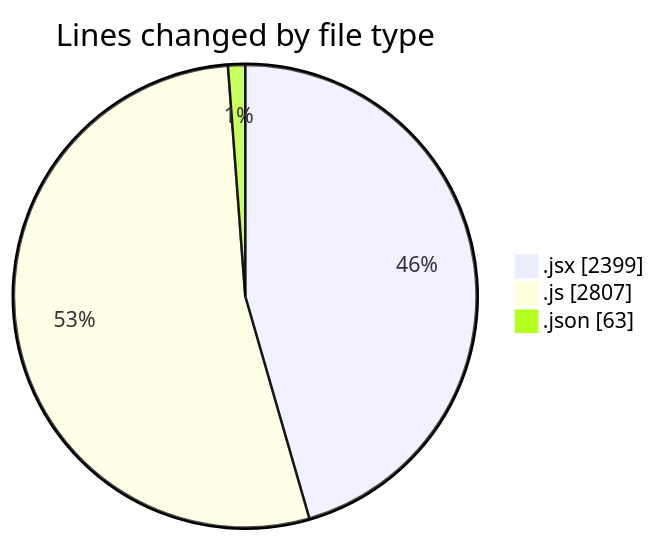
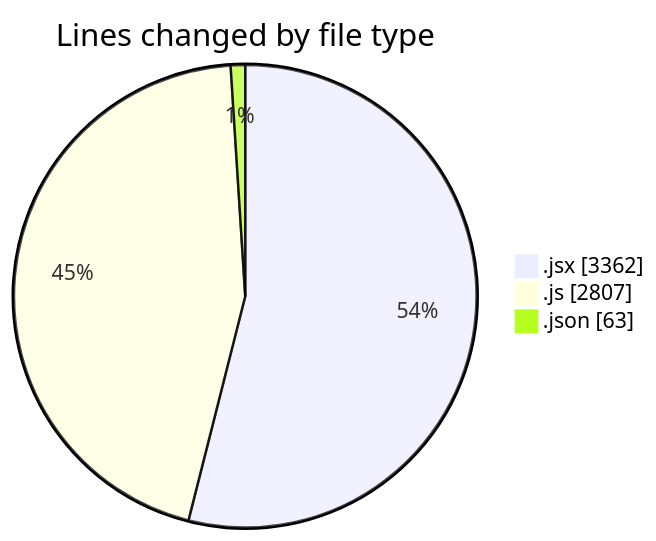
Before and after one commit to nxtqubesakshisongat/code-tracking: the first of 2 diagrams in 2025-08-18/nxtqube_webapp/README.md, drawn with Mermaid. The commit also changed other lines of this file and 1 other file, not shown here.

````diff
--- a/2025-08-18/nxtqube_webapp/README.md
+++ b/2025-08-18/nxtqube_webapp/README.md
@@ -29,7 +30,7 @@
 ```mermaid
 pie showData
 title Lines changed by file type
-".jsx" : 2399
+".jsx" : 3362
 ".js" : 2807
 ".json" : 63
 ```
````
